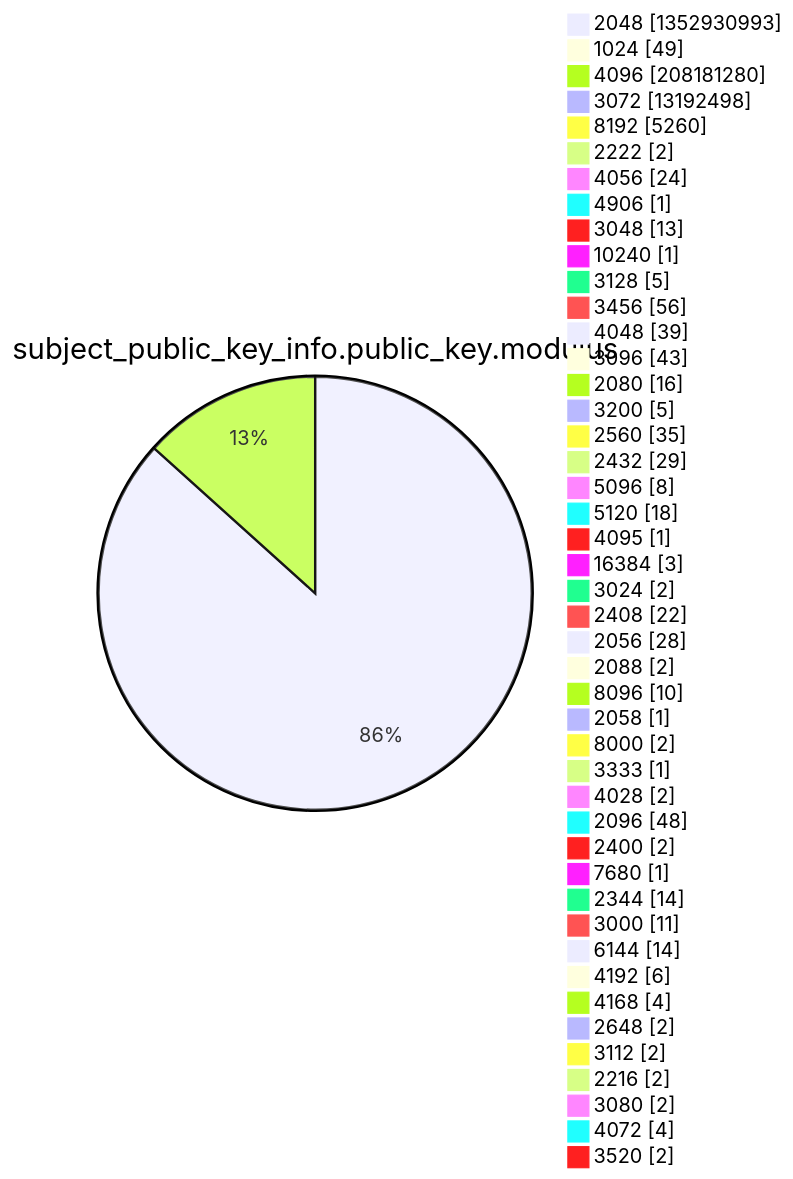
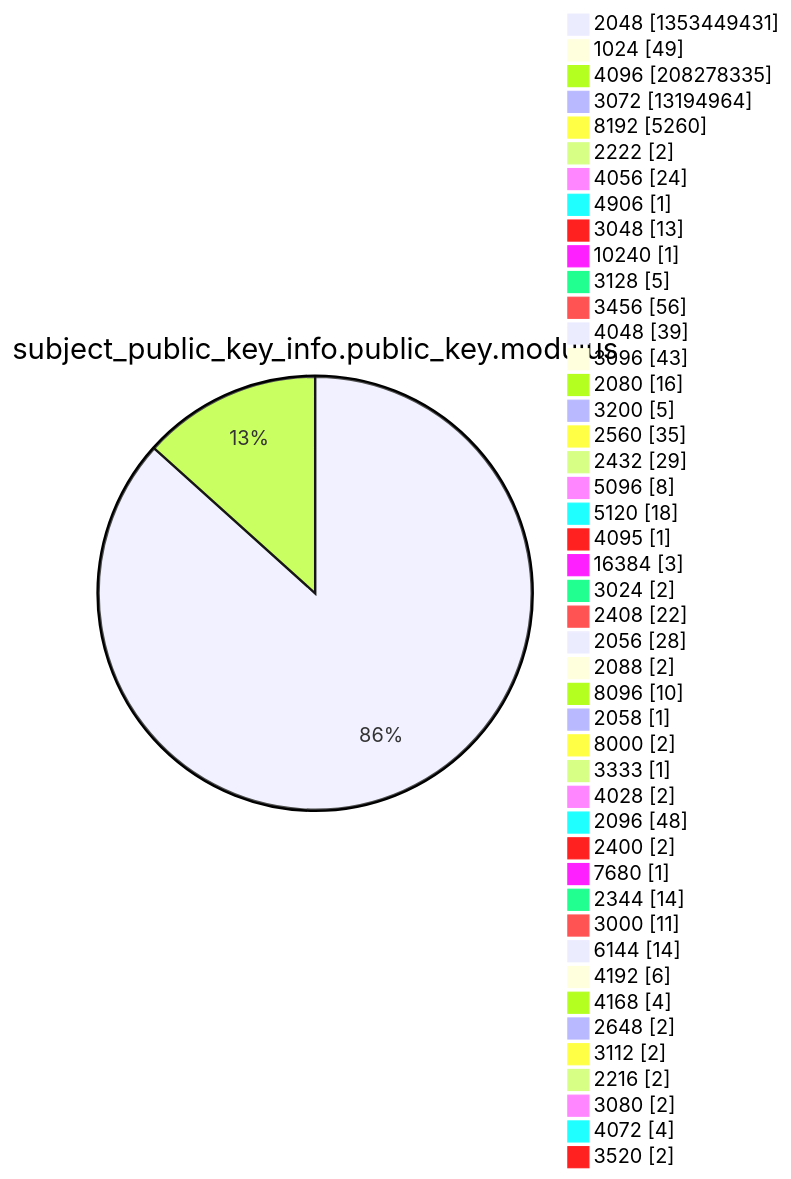
One commit to christiankrug/ctmonitor_visualization changed diagram 13 of 15 in xenon2022/README.md. Above: the diagram before and after it, drawn with Mermaid. The commit also changed other lines of this file, not shown here.

````diff
--- a/xenon2022/README.md
+++ b/xenon2022/README.md
@@ -3927,49 +3927,49 @@
 ```mermaid
 pie showData
 title subject_public_key_info.public_key.modulus
-"2048" :1352930993
+"2048" :1353449431
 "1024" :49
-"4096" :208181280
-"3072" :13192498
+"4096" :208278335
+"3072" :13194964
 "8192" :5260
 "2222" :2
 "4056" :24
 "4906" :1
 "3048" :13
 "10240" :1
 "3128" :5
 "3456" :56
 "4048" :39
 "3096" :43
 "2080" :16
 "3200" :5
 "2560" :35
 "2432" :29
 "5096" :8
 "5120" :18
 "4095" :1
 "16384" :3
 "3024" :2
 "2408" :22
 "2056" :28
 "2088" :2
 "8096" :10
 "2058" :1
 "8000" :2
 "3333" :1
 "4028" :2
 "2096" :48
 "2400" :2
 "7680" :1
 "2344" :14
 "3000" :11
 "6144" :14
 "4192" :6
 "4168" :4
 "2648" :2
 "3112" :2
 "2216" :2
 "3080" :2
 "4072" :4
 "3520" :2
 ```
````
